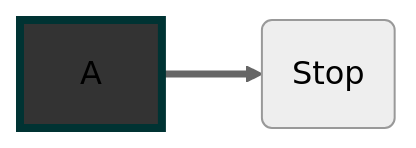
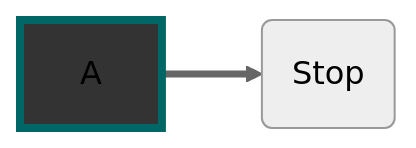
One commit to PanGalacticTech/ISOpower changed the third of 3 diagrams in Documentation/diagram_with_mermaid.md. Above: the diagram before and after it, drawn with Mermaid (neutral theme).

````diff
--- a/Documentation/diagram_with_mermaid.md
+++ b/Documentation/diagram_with_mermaid.md
@@ -46,8 +46,8 @@
 ```mermaid
 graph LR
 %% This is a comment 
 A:::darkBlue ==>B(Stop);
 
-classDef darkBlue fill:#333,stroke:#033,stroke-width:4px;
+classDef darkBlue fill:#333,stroke:#066,stroke-width:4px;
 %%class nodeId1, nodeId2 darkBlue;
 ```
````
